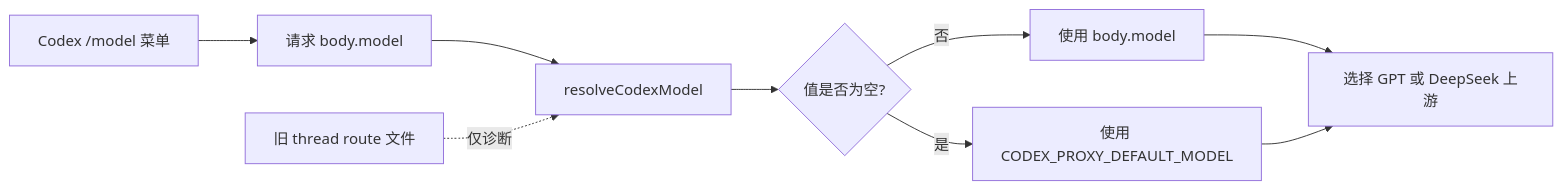
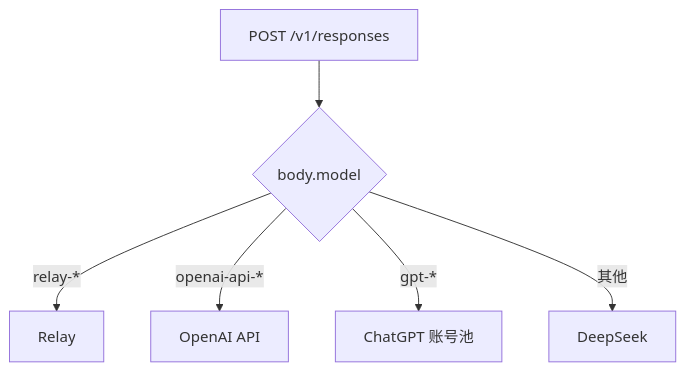
One commit to OscarYi9527/codex_proxy changed the second of 2 diagrams in ARCHITECTURE.md. Above: the diagram before and after it, drawn with Mermaid. The commit also changed other lines of this file and 24 other files, not shown here.

````diff
--- a/ARCHITECTURE.md
+++ b/ARCHITECTURE.md
@@ -101,12 +39,8 @@
 ```mermaid
-flowchart LR
-    A[Codex /model 菜单] --> B[请求 body.model]
-    B --> C[resolveCodexModel]
-    C --> D{值是否为空?}
-    D -->|否| E[使用 body.model]
-    D -->|是| F[使用 CODEX_PROXY_DEFAULT_MODEL]
-    E --> G[选择 GPT 或 DeepSeek 上游]
-    F --> G
-
-    H[旧 thread route 文件] -.仅诊断.-> C
+flowchart TD
+    I[POST /v1/responses] --> M{body.model}
+    M -->|relay-*| R[Relay]
+    M -->|openai-api-*| O[OpenAI API]
+    M -->|gpt-*| G[ChatGPT 账号池]
+    M -->|其他| D[DeepSeek]
 ```
````
